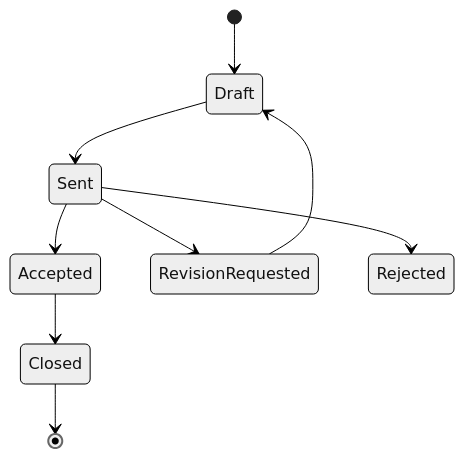
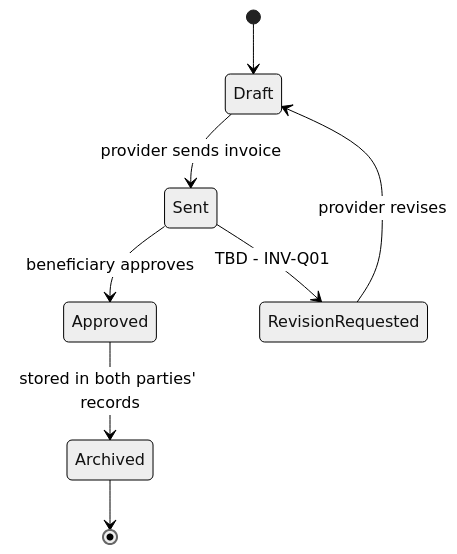
Before and after one commit to Yadd-SanaaUniversityGraduationProject/yadd: the third of 5 diagrams in docs/03-analysis/07-lifecycles.md, drawn with Mermaid (neutral theme). The commit also changed other lines of this file and 4 other files, not shown here.

First line of the commit message:
Baseline YADD core marketplace business flow

````diff
--- a/docs/03-analysis/07-lifecycles.md
+++ b/docs/03-analysis/07-lifecycles.md
@@ -42,11 +58,10 @@
 ```mermaid
 stateDiagram-v2
     [*] --> Draft
-    Draft --> Sent
-    Sent --> Accepted
-    Sent --> RevisionRequested
-    RevisionRequested --> Draft
-    Sent --> Rejected
-    Accepted --> Closed
-    Closed --> [*]
+    Draft --> Sent: provider sends invoice
+    Sent --> Approved: beneficiary approves
+    Sent --> RevisionRequested: TBD - INV-Q01
+    RevisionRequested --> Draft: provider revises
+    Approved --> Archived: stored in both parties' records
+    Archived --> [*]
 ```
````
